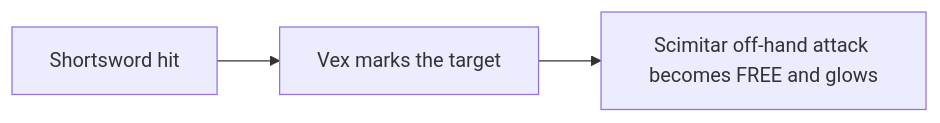
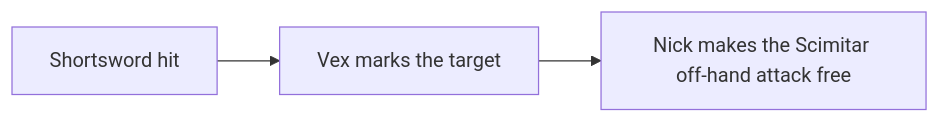
Before and after one commit to datwaft/5.5e_Weapon_Mastery.bg3: the seventh of 7 diagrams in README.md, drawn with Mermaid. The commit also changed other lines of this file, not shown here.

````diff
--- a/README.md
+++ b/README.md
@@ -195,5 +203,5 @@
 ```mermaid
 flowchart LR
     A["Shortsword hit"] --> B["Vex marks the target"]
-    B --> C["Scimitar off-hand attack becomes FREE and glows"]
+    B --> C["Nick makes the Scimitar off-hand attack free"]
 ```
````
